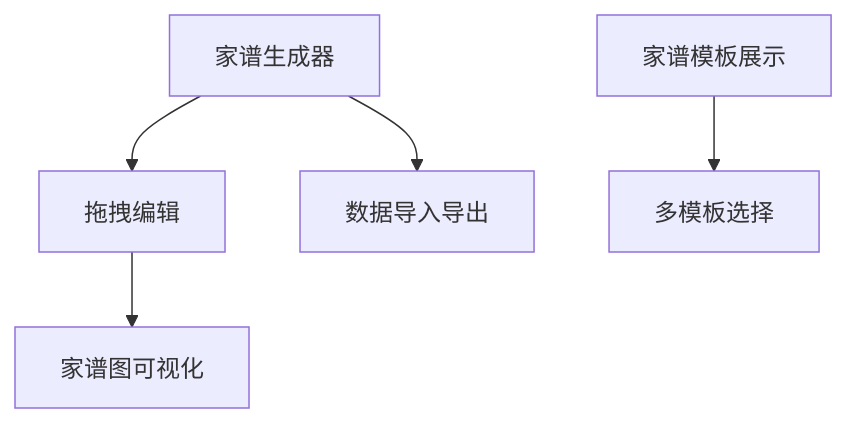
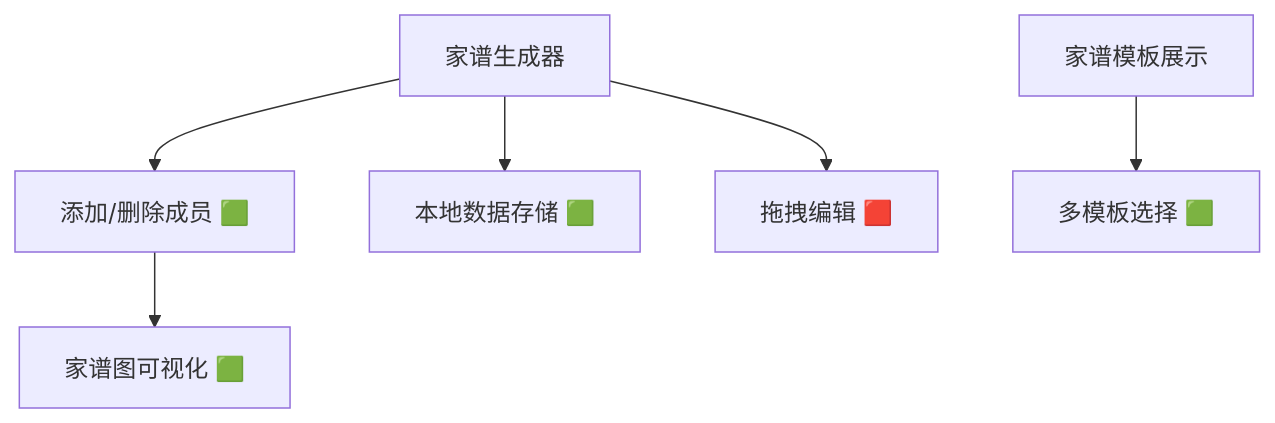
The second of 3 diagrams in docs/family-tree-dev-plan.md (lxiaolong068/family-tree), drawn with Mermaid before and after one commit. The commit also changed other lines of this file and 4 other files, not shown here.

Commit message:
feat: Enhance family tree generator with member management and Mermaid.js visualization

````diff
--- a/docs/family-tree-dev-plan.md
+++ b/docs/family-tree-dev-plan.md
@@ -54,7 +55,8 @@
 ```mermaid
 graph TD
-  家谱生成器 --> 拖拽编辑
-  拖拽编辑 --> 家谱图可视化
-  家谱生成器 --> 数据导入导出
-  家谱模板展示 --> 多模板选择
+  家谱生成器 --> 添加删除成员[添加/删除成员 🟩]
+  添加删除成员 --> 家谱图可视化[家谱图可视化 🟩]
+  家谱生成器 --> 数据存储[本地数据存储 🟩]
+  家谱生成器 --> 拖拽编辑[拖拽编辑 🟥]
+  家谱模板展示 --> 多模板选择[多模板选择 🟩]
 ```
````
